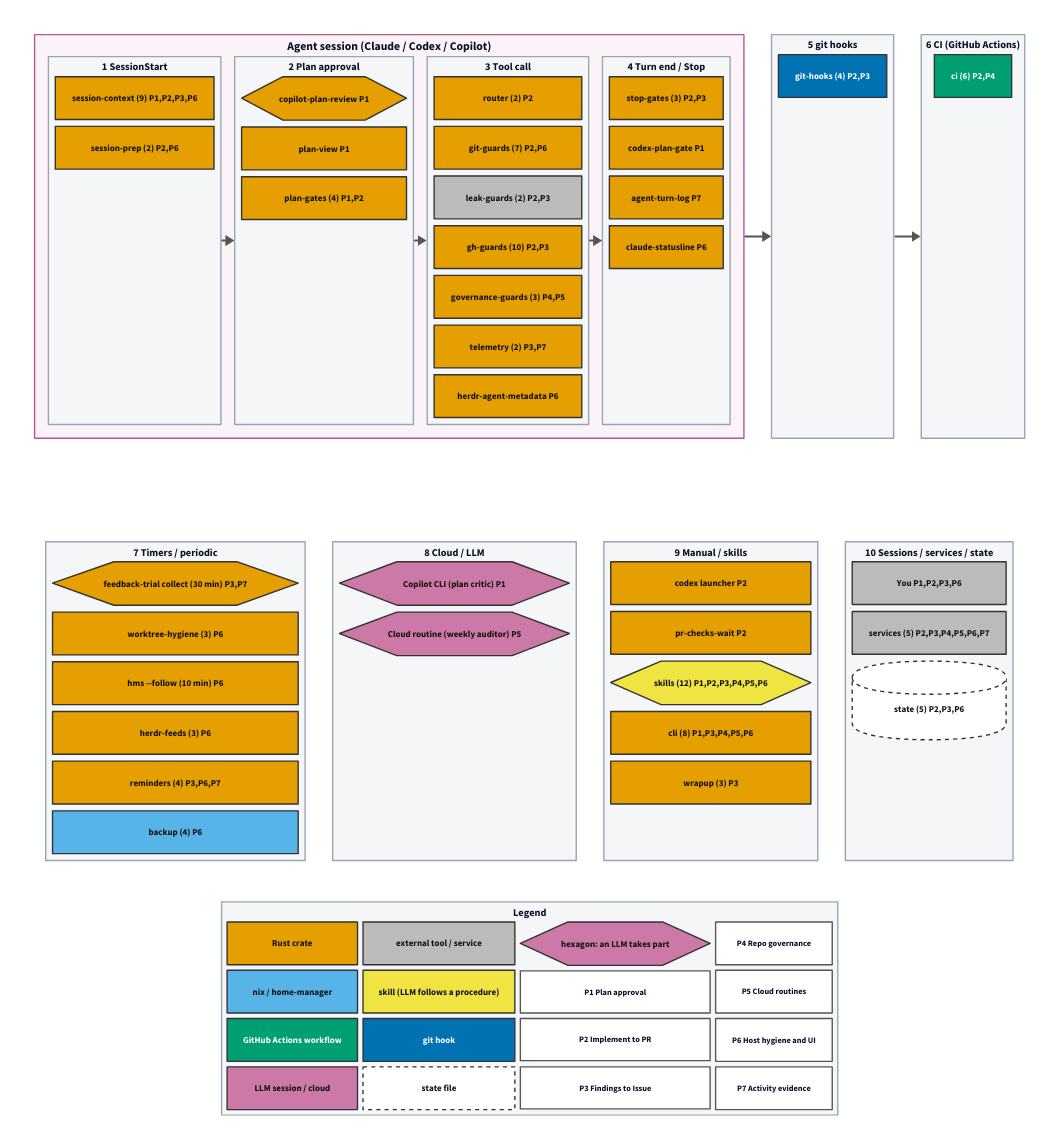
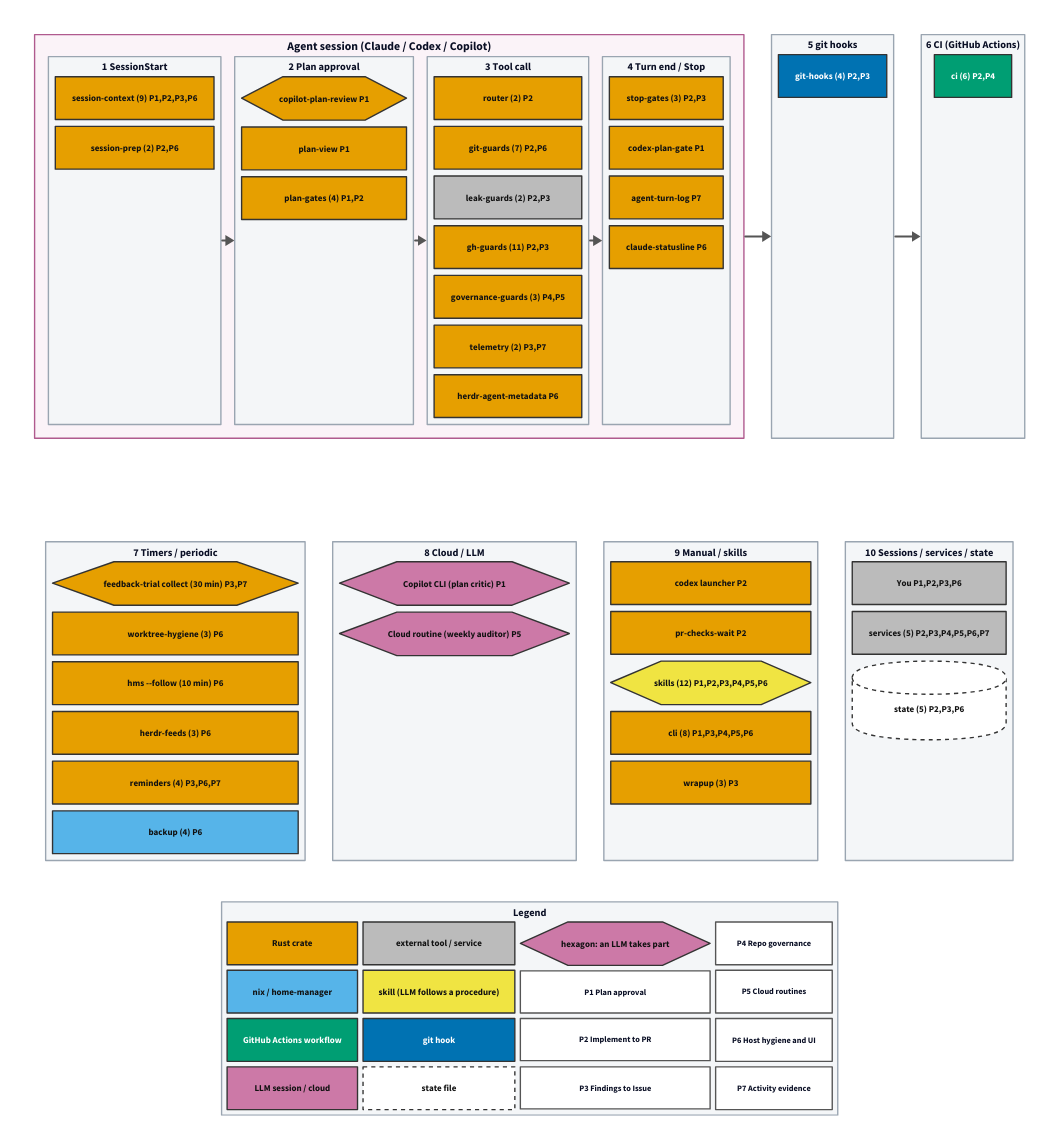
The diagram in docs/assets/pipeline-map/overview.d2 (tarotene/dotfiles), drawn with D2 before and after one commit. The commit also changed 14 other files, not shown here.

```diff
--- a/docs/assets/pipeline-map/overview.d2
+++ b/docs/assets/pipeline-map/overview.d2
@@ -213,7 +213,7 @@
       g_leak_guards: "leak-guards (2)  P2,P3" {
         class: s_external
       }
-      g_gh_guards: "gh-guards (10)  P2,P3" {
+      g_gh_guards: "gh-guards (11)  P2,P3" {
         class: s_rust
       }
       g_governance_guards: "governance-guards (3)  P4,P5" {
```
